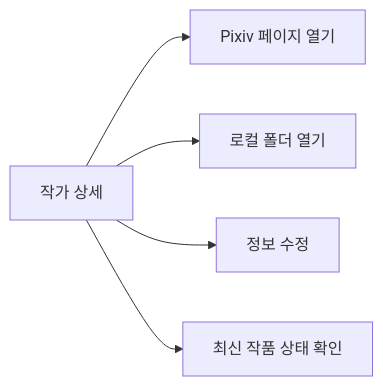
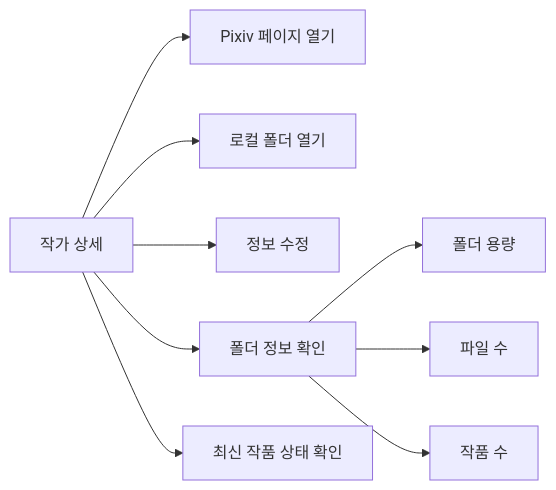
Before and after one commit to PKT0623/PixivLocalManager: the fourth of 10 diagrams in docs/03_SYSTEM_FLOW.md, drawn with Mermaid. The commit also changed other lines of this file and 3 other files, not shown here.

````diff
--- a/docs/03_SYSTEM_FLOW.md
+++ b/docs/03_SYSTEM_FLOW.md
@@ -70,13 +70,21 @@
 ```mermaid
 flowchart LR
 
 DETAIL[작가 상세]
 
 DETAIL --> PIXIV[Pixiv 페이지 열기]
 
 DETAIL --> FOLDER[로컬 폴더 열기]
 
 DETAIL --> EDIT[정보 수정]
 
+DETAIL --> INFO[폴더 정보 확인]
+
+INFO --> SIZE[폴더 용량]
+
+INFO --> FILES[파일 수]
+
+INFO --> ARTWORKS[작품 수]
+
 DETAIL --> UPDATE[최신 작품 상태 확인]
 ```
````
